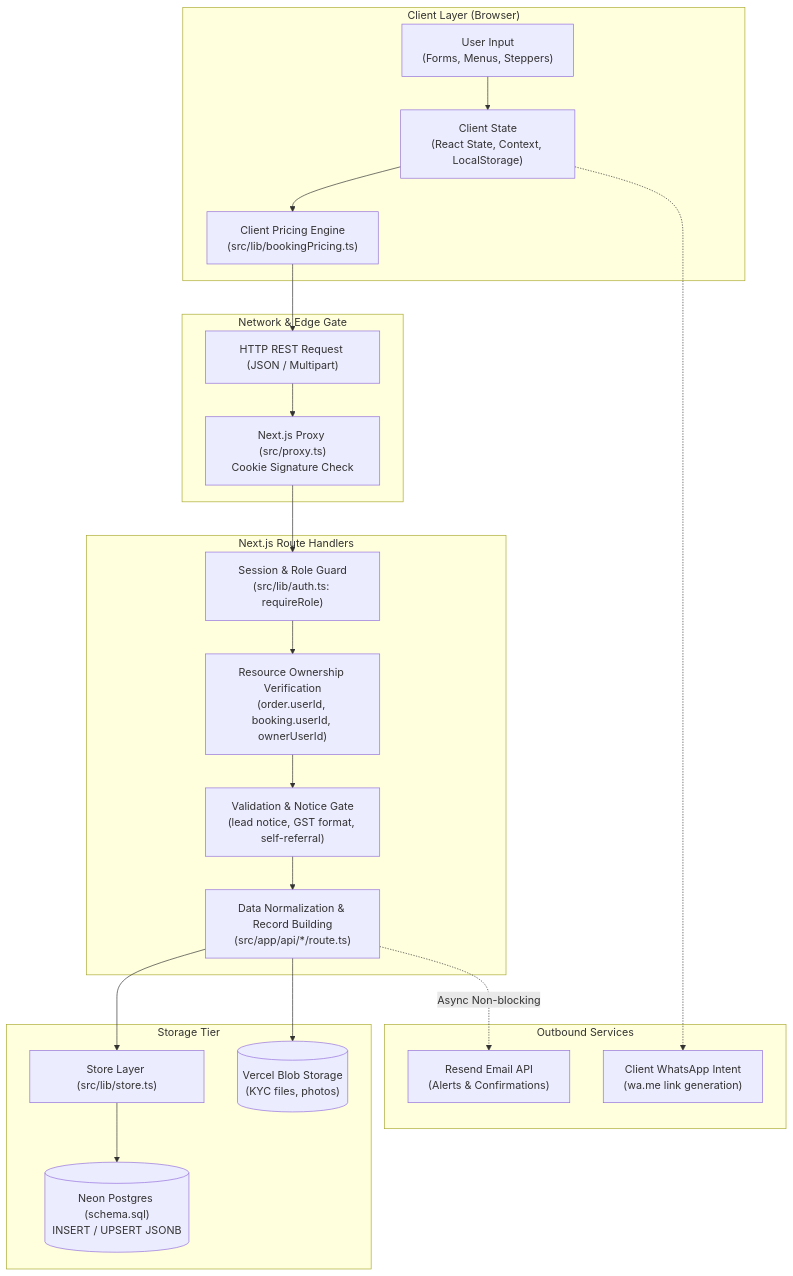
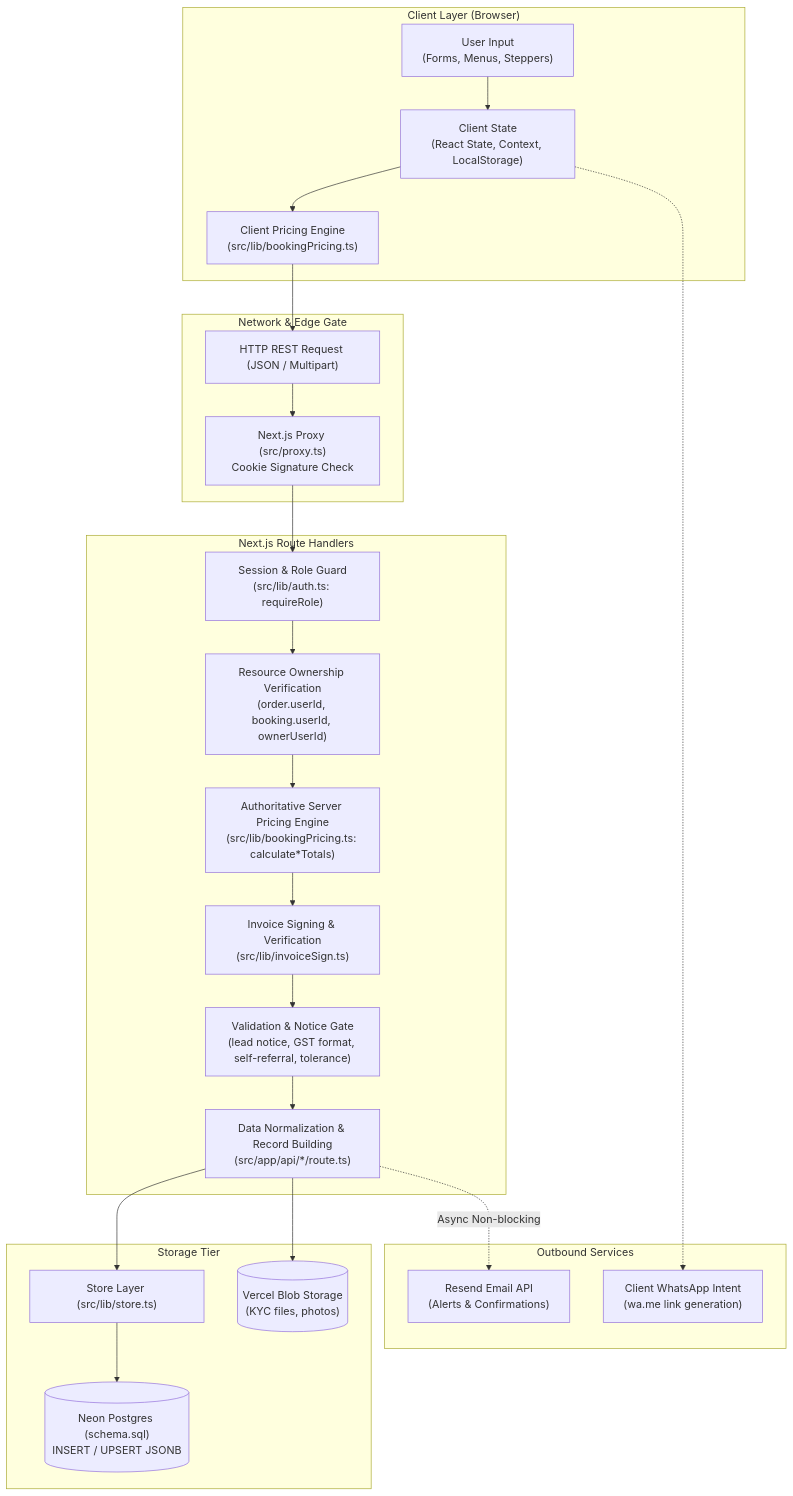
One commit to Sony17/Bhojpatra changed the first of 9 diagrams in DATA-FLOW.md. Above: the diagram before and after it, drawn with Mermaid. The commit also changed other lines of this file and 4 other files, not shown here.

Commit message:
docs: synchronize architecture after security batch 3

````diff
--- a/DATA-FLOW.md
+++ b/DATA-FLOW.md
@@ -17,45 +17,49 @@
 ```mermaid
 flowchart TD
     subgraph ClientLayer["Client Layer (Browser)"]
         FormInput["User Input\n(Forms, Menus, Steppers)"]
         ClientState["Client State\n(React State, Context, LocalStorage)"]
         PricingCalc["Client Pricing Engine\n(src/lib/bookingPricing.ts)"]
     end
 
     subgraph TransportBoundary["Network & Edge Gate"]
         HttpRequest["HTTP REST Request (JSON / Multipart)"]
         ProxyGate["Next.js Proxy (src/proxy.ts)\nCookie Signature Check"]
     end
 
     subgraph ServerLayer["Next.js Route Handlers"]
         SessionCheck["Session & Role Guard\n(src/lib/auth.ts: requireRole)"]
         OwnershipCheck["Resource Ownership Verification\n(order.userId, booking.userId, ownerUserId)"]
-        ServerValidation["Validation & Notice Gate\n(lead notice, GST format, self-referral)"]
+        PricingEngine["Authoritative Server Pricing Engine\n(src/lib/bookingPricing.ts: calculate*Totals)"]
+        InvoiceEngine["Invoice Signing & Verification\n(src/lib/invoiceSign.ts)"]
+        ServerValidation["Validation & Notice Gate\n(lead notice, GST format, self-referral, tolerance)"]
         DataTransform["Data Normalization & Record Building\n(src/app/api/*/route.ts)"]
     end
 
     subgraph PersistenceLayer["Storage Tier"]
         StoreAbstraction["Store Layer (src/lib/store.ts)"]
         NeonPostgres[("Neon Postgres (schema.sql)\nINSERT / UPSERT JSONB")]
         VercelBlobStorage[("Vercel Blob Storage\n(KYC files, photos)")]
     end
 
     subgraph AsyncOutbound["Outbound Services"]
         ResendMail["Resend Email API\n(Alerts & Confirmations)"]
         WhatsAppHandoff["Client WhatsApp Intent\n(wa.me link generation)"]
     end
 
     FormInput --> ClientState
     ClientState --> PricingCalc
     PricingCalc --> HttpRequest
     HttpRequest --> ProxyGate
     ProxyGate --> SessionCheck
     SessionCheck --> OwnershipCheck
-    OwnershipCheck --> ServerValidation
+    OwnershipCheck --> PricingEngine
+    PricingEngine --> InvoiceEngine
+    InvoiceEngine --> ServerValidation
     ServerValidation --> DataTransform
     DataTransform --> StoreAbstraction
     DataTransform --> VercelBlobStorage
     StoreAbstraction --> NeonPostgres
     DataTransform -.->|Async Non-blocking| ResendMail
     ClientState -.-> WhatsAppHandoff
 ```
````
